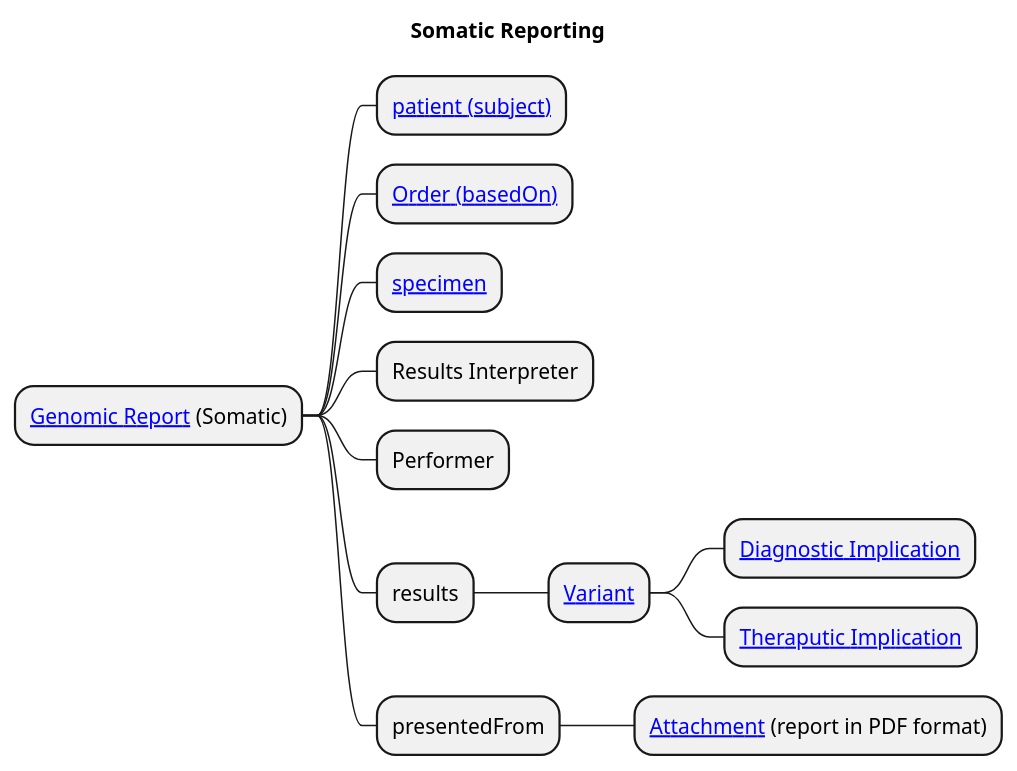
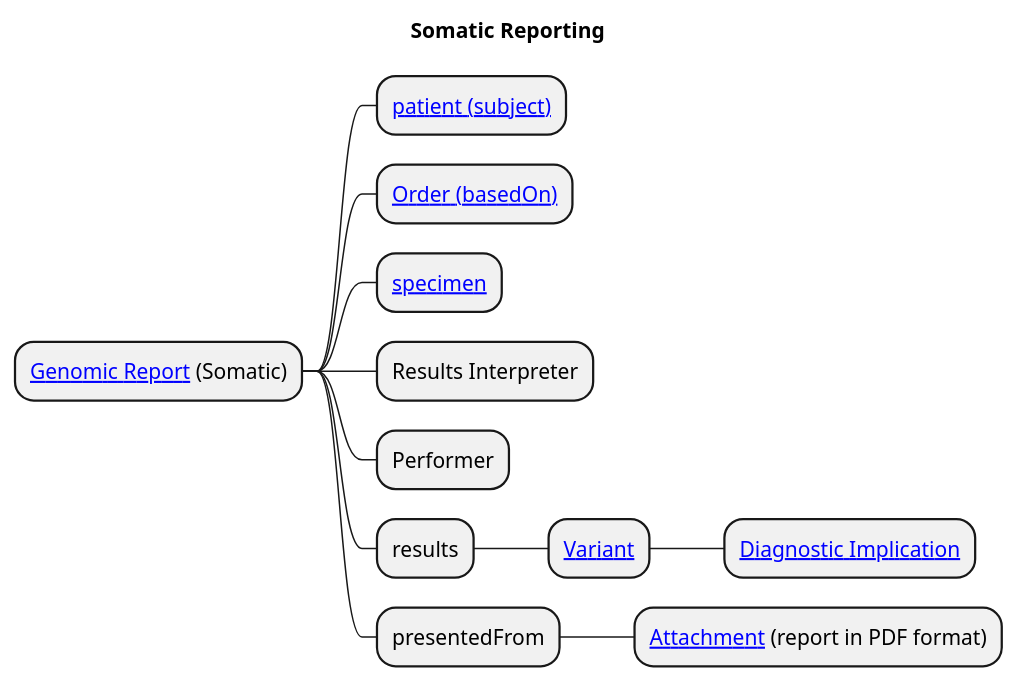
The diagram in input/images-source/GenomicReport-Somatic.plantuml (nw-gmsa/nw-gmsa.github.com), drawn with PlantUML before and after one commit.

Commit message:
Added Genomic Reporting

```diff
--- a/input/images-source/GenomicReport-Somatic.plantuml
+++ b/input/images-source/GenomicReport-Somatic.plantuml
@@ -1,18 +1,17 @@
 @startmindmap
 
 title "Somatic Reporting"
 
 * [[StructureDefinition-DiagnosticReport.html Genomic Report]] (Somatic)
 ** [[StructureDefinition-Patient.html patient (subject)]]
 ** [[StructureDefinition-ServiceRequest.html Order (basedOn)]]
 ** [[StructureDefinition-Specimen.html specimen]]
 ** Results Interpreter
 ** Performer
 ** results
 *** [[https://hl7.org/fhir/uv/genomics-reporting/StructureDefinition-variant.html Variant]]
 **** [[https://hl7.org/fhir/uv/genomics-reporting/StructureDefinition-diagnostic-implication.html Diagnostic Implication]]
-**** [[https://hl7.org/fhir/uv/genomics-reporting/StructureDefinition-therapeutic-implication.html Theraputic Implication]]
 ** presentedFrom
 *** [[StructureDefinition-NWAttachment.html Attachment]] (report in PDF format)
 
 @endmindmap
```
